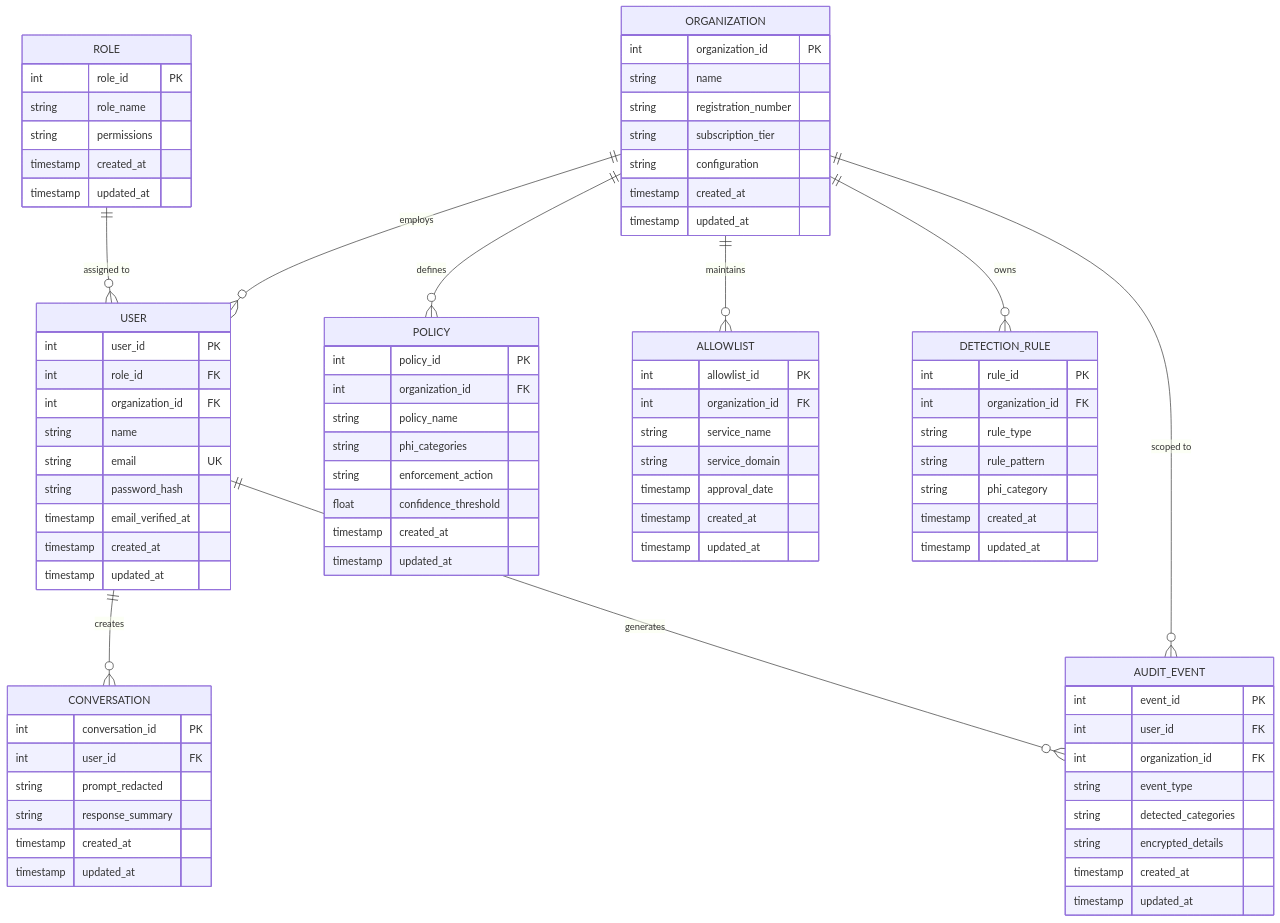
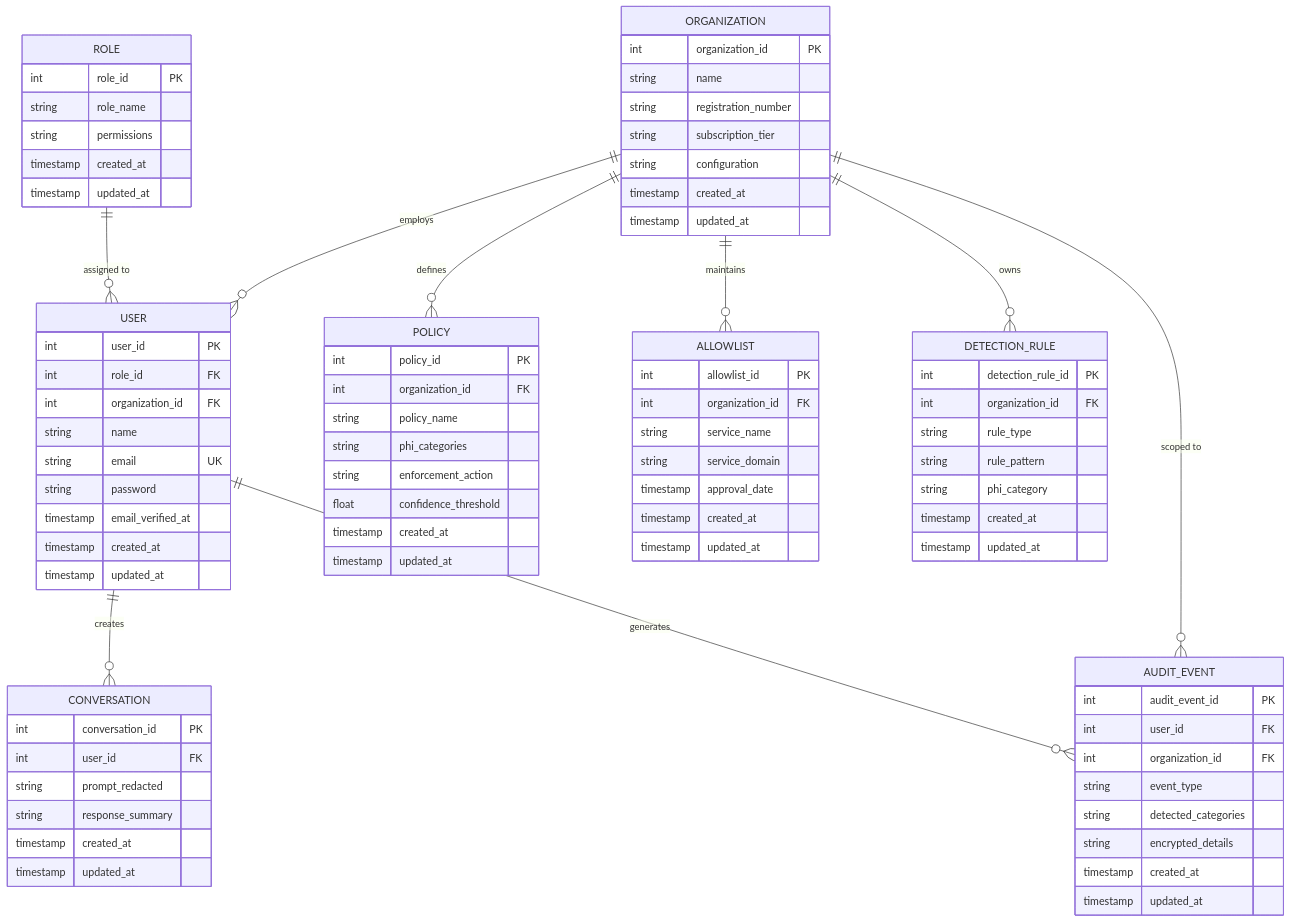
One commit to me12free/clinguard-ai-shield changed the fourth of 6 diagrams in docs/Diagrams/DIAGRAMS_PREVIEW.md. Above: the diagram before and after it, drawn with Mermaid. The commit also changed other lines of this file and 50 other files, not shown here.

First line of the commit message:
docs: add detailed diagrams and logical schema documentation for ClinGuard

```diff
--- a/docs/Diagrams/DIAGRAMS_PREVIEW.md
+++ b/docs/Diagrams/DIAGRAMS_PREVIEW.md
@@ -126,7 +171,7 @@
     int organization_id FK
     string name
     string email UK
-    string password_hash
+    string password
     timestamp email_verified_at
     timestamp created_at
     timestamp updated_at
@@ -172,7 +217,7 @@
   }
 
   DETECTION_RULE {
-    int rule_id PK
+    int detection_rule_id PK
     int organization_id FK
     string rule_type
     string rule_pattern
@@ -182,7 +227,7 @@
   }
 
   AUDIT_EVENT {
-    int event_id PK
+    int audit_event_id PK
     int user_id FK
     int organization_id FK
     string event_type
```
